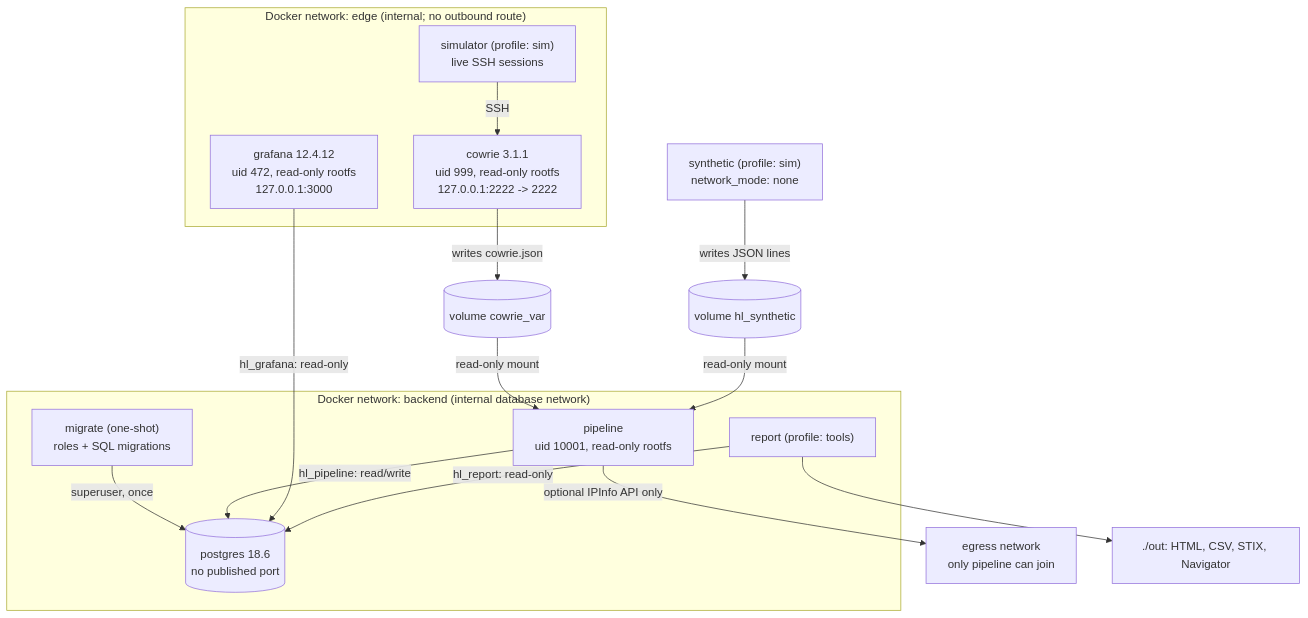
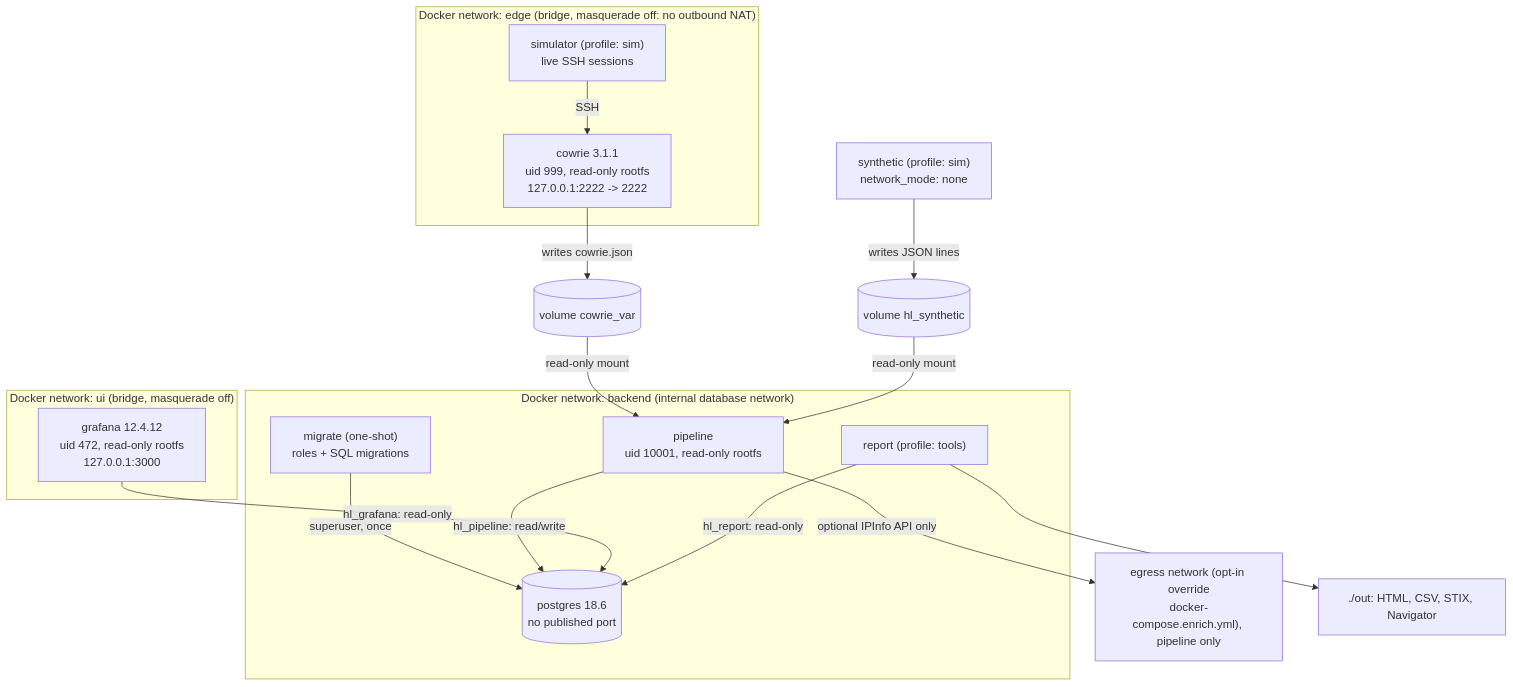
Before and after one commit to VRCHAMPION/honeylens: the first of 4 diagrams in docs/ARCHITECTURE.md, drawn with Mermaid. The commit also changed other lines of this file, not shown here.

Commit message:
docs(architecture): edge/ui no-NAT bridges, opt-in egress

````diff
--- a/docs/ARCHITECTURE.md
+++ b/docs/ARCHITECTURE.md
@@ -13,28 +13,30 @@
 ```mermaid
 flowchart TD
-    subgraph edge["Docker network: edge (internal; no outbound route)"]
+    subgraph edge["Docker network: edge (bridge, masquerade off: no outbound NAT)"]
       SIM["simulator (profile: sim)<br/>live SSH sessions"]
       COW["cowrie 3.1.1<br/>uid 999, read-only rootfs<br/>127.0.0.1:2222 -> 2222"]
+    end
+    subgraph ui["Docker network: ui (bridge, masquerade off)"]
       GRA["grafana 12.4.12<br/>uid 472, read-only rootfs<br/>127.0.0.1:3000"]
     end
     subgraph backend["Docker network: backend (internal database network)"]
       MIG["migrate (one-shot)<br/>roles + SQL migrations"]
       PIPE["pipeline<br/>uid 10001, read-only rootfs"]
       PG[("postgres 18.6<br/>no published port")]
       REP["report (profile: tools)"]
       GRA
     end
-    EGRESS["egress network<br/>only pipeline can join"]
+    EGRESS["egress network (opt-in override<br/>docker-compose.enrich.yml), pipeline only"]
     SYN["synthetic (profile: sim)<br/>network_mode: none"]
     SIM -->|SSH| COW
     COW -->|writes cowrie.json| VOL[(volume cowrie_var)]
     SYN -->|writes JSON lines| SVOL[(volume hl_synthetic)]
     VOL -->|read-only mount| PIPE
     SVOL -->|read-only mount| PIPE
     MIG -->|superuser, once| PG
     PIPE -->|hl_pipeline: read/write| PG
     PIPE -->|optional IPInfo API only| EGRESS
     GRA -->|hl_grafana: read-only| PG
     REP -->|hl_report: read-only| PG
     REP --> OUT[./out: HTML, CSV, STIX, Navigator]
 ```
````
